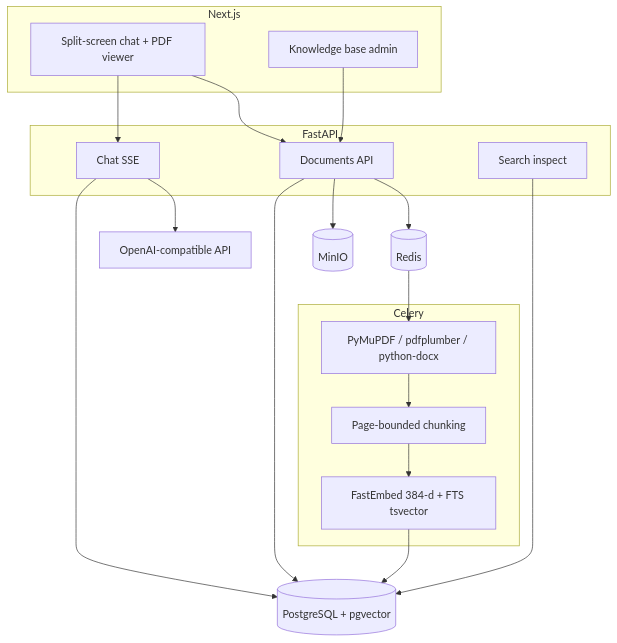
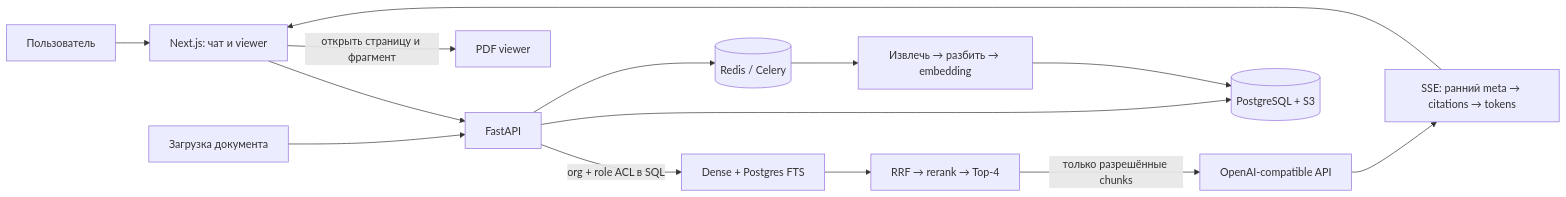
The diagram in README.md (vladweat/docwise), drawn with Mermaid before and after one commit. The commit also changed other lines of this file and 27 other files, not shown here.

````diff
--- a/README.md
+++ b/README.md
@@ -28,36 +20,17 @@
 ```mermaid
-flowchart TB
-  subgraph client [Next.js]
-    UI[Split-screen chat + PDF viewer]
-    Admin[Knowledge base admin]
-  end
+flowchart LR
+  User[Пользователь] --> UI[Next.js: чат и viewer]
+  UI --> API[FastAPI]
+  API -->|org + role ACL в SQL| Search[Dense + Postgres FTS]
+  Search --> RRF[RRF → rerank → Top-4]
+  RRF -->|только разрешённые chunks| LLM[OpenAI-compatible API]
+  LLM --> SSE[SSE: ранний meta → citations → tokens]
+  SSE --> UI
+  UI -->|открыть страницу и фрагмент| PDF[PDF viewer]
 
-  subgraph api [FastAPI]
-    Upload[Documents API]
-    Chat[Chat SSE]
-    Inspect[Search inspect]
-  end
-
-  subgraph worker [Celery]
-    Parse[PyMuPDF / pdfplumber / python-docx]
-    Chunk[Page-bounded chunking]
-    Embed[FastEmbed 384-d + FTS tsvector]
-  end
-
-  PG[(PostgreSQL + pgvector)]
-  S3[(MinIO)]
-  Redis[(Redis)]
-  LLM[OpenAI-compatible API]
-
-  UI --> Chat
-  Admin --> Upload
-  Upload --> PG
-  Upload --> S3
-  Upload --> Redis
-  Redis --> Parse
-  Parse --> Chunk --> Embed --> PG
-  Chat --> PG
-  Chat --> LLM
-  Inspect --> PG
-  UI --> Upload
+  Admin[Загрузка документа] --> API
+  API --> Store[(PostgreSQL + S3)]
+  API --> Queue[(Redis / Celery)]
+  Queue --> Worker[Извлечь → разбить → embedding]
+  Worker --> Store
 ```
````
